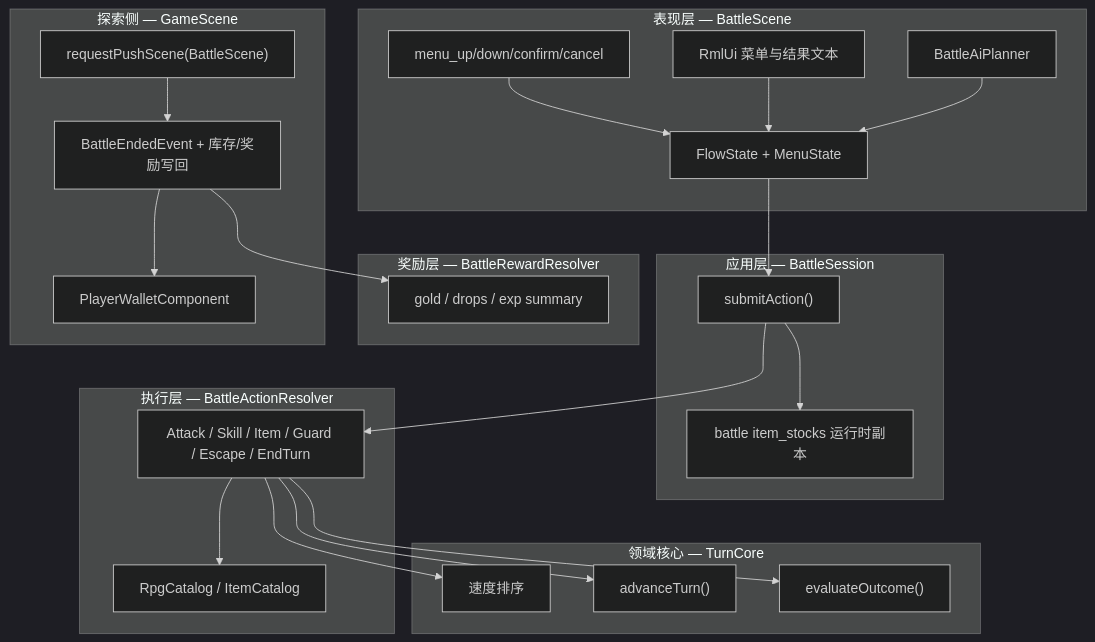
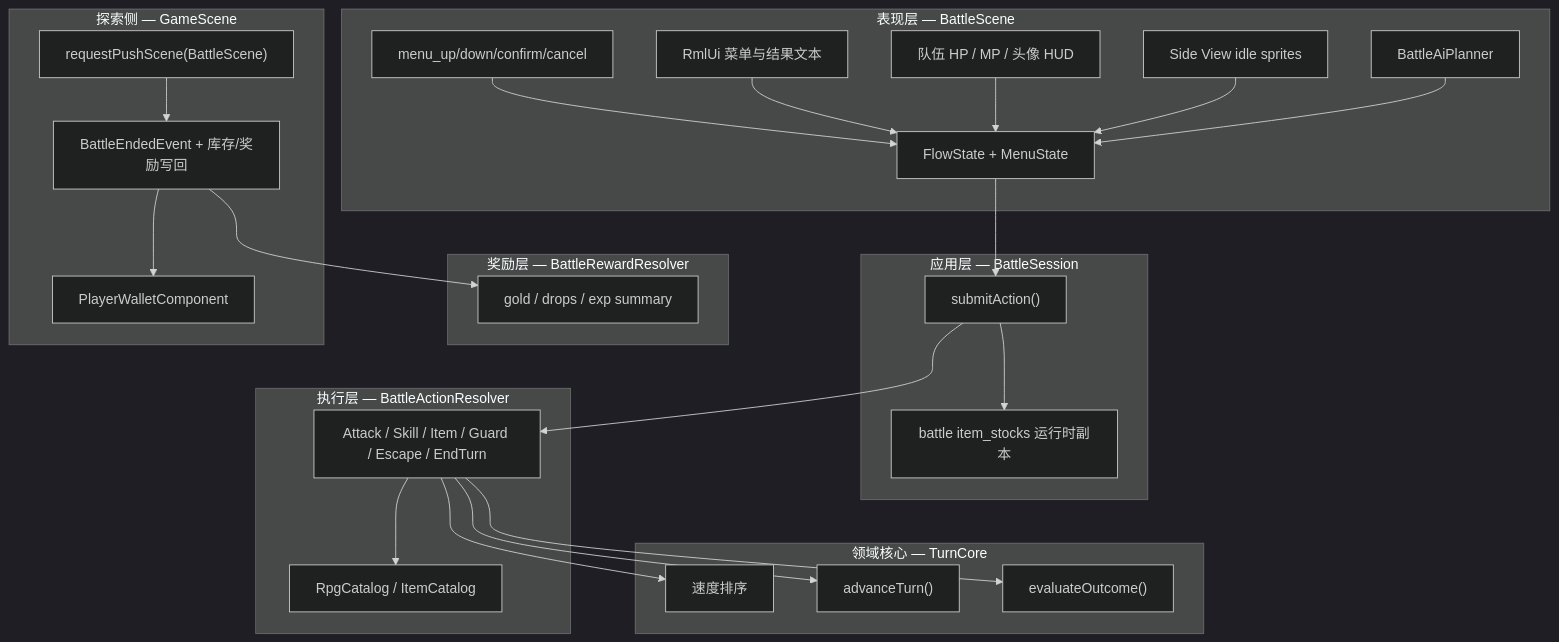
One commit to WispSnow/TinyFarmRPG changed the first of 7 diagrams in docs/gameplay/turn-based-battle.md. Above: the diagram before and after it, drawn with Mermaid (dark theme). The commit also changed other lines of this file and 26 other files, not shown here.

````diff
--- a/docs/gameplay/turn-based-battle.md
+++ b/docs/gameplay/turn-based-battle.md
@@ -24,49 +26,53 @@
 ```mermaid
 graph TD
     subgraph "表现层 — BattleScene"
         UI["RmlUi 菜单与结果文本"]
+        HUD["队伍 HP / MP / 头像 HUD"]
+        SPRITE["Side View idle sprites"]
         FSM["FlowState + MenuState"]
         INPUT["menu_up/down/confirm/cancel"]
         AI["BattleAiPlanner"]
     end
 
     subgraph "应用层 — BattleSession"
         SESSION["submitAction()"]
         STOCKS["battle item_stocks 运行时副本"]
     end
 
     subgraph "执行层 — BattleActionResolver"
         RESOLVE["Attack / Skill / Item / Guard / Escape / EndTurn"]
         CATALOG["RpgCatalog / ItemCatalog"]
     end
 
     subgraph "奖励层 — BattleRewardResolver"
         REWARD["gold / drops / exp summary"]
     end
 
     subgraph "领域核心 — TurnCore"
         ORDER["速度排序"]
         ADV["advanceTurn()"]
         OUTCOME["evaluateOutcome()"]
     end
 
     subgraph "探索侧 — GameScene"
         PUSH["requestPushScene(BattleScene)"]
         WRITEBACK["BattleEndedEvent + 库存/奖励写回"]
         WALLET["PlayerWalletComponent"]
     end
 
     INPUT --> FSM
     UI --> FSM
+    HUD --> FSM
+    SPRITE --> FSM
     AI --> FSM
     FSM --> SESSION
     SESSION --> STOCKS
     SESSION --> RESOLVE
     RESOLVE --> CATALOG
     RESOLVE --> ORDER
     RESOLVE --> ADV
     RESOLVE --> OUTCOME
     WRITEBACK --> REWARD
     WRITEBACK --> WALLET
     PUSH --> WRITEBACK
 ```
````
